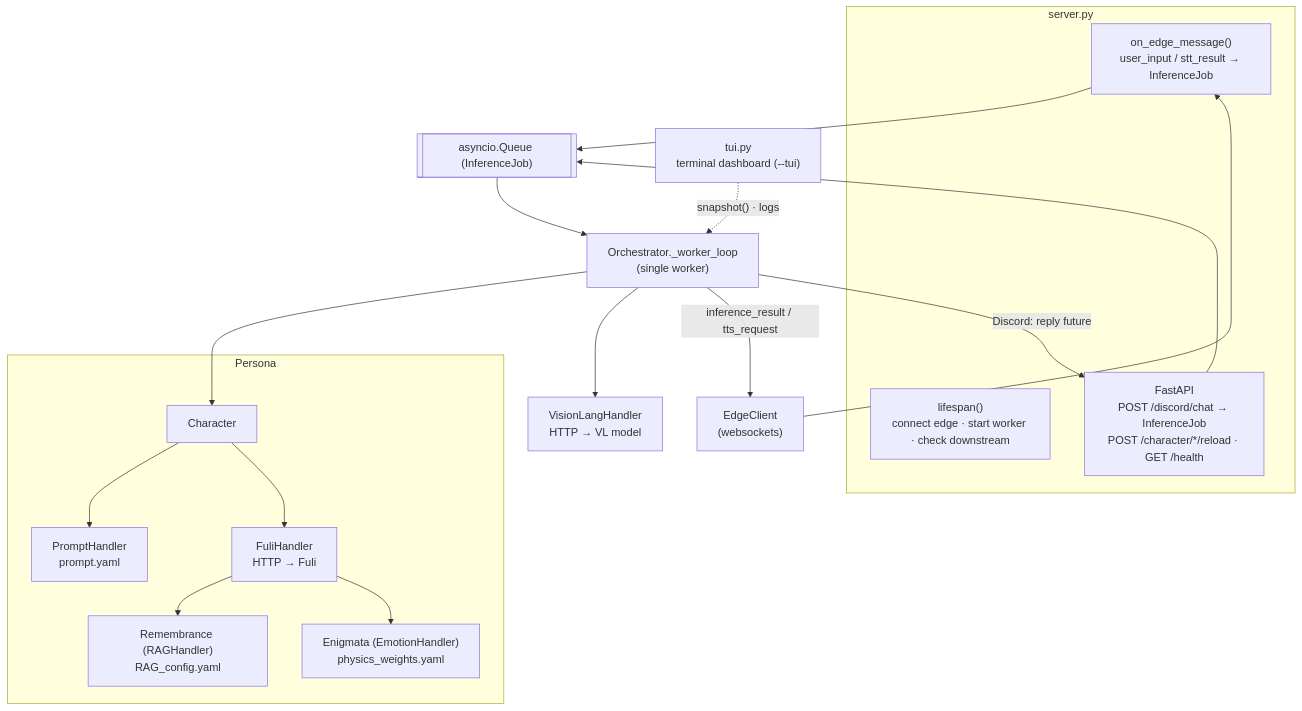
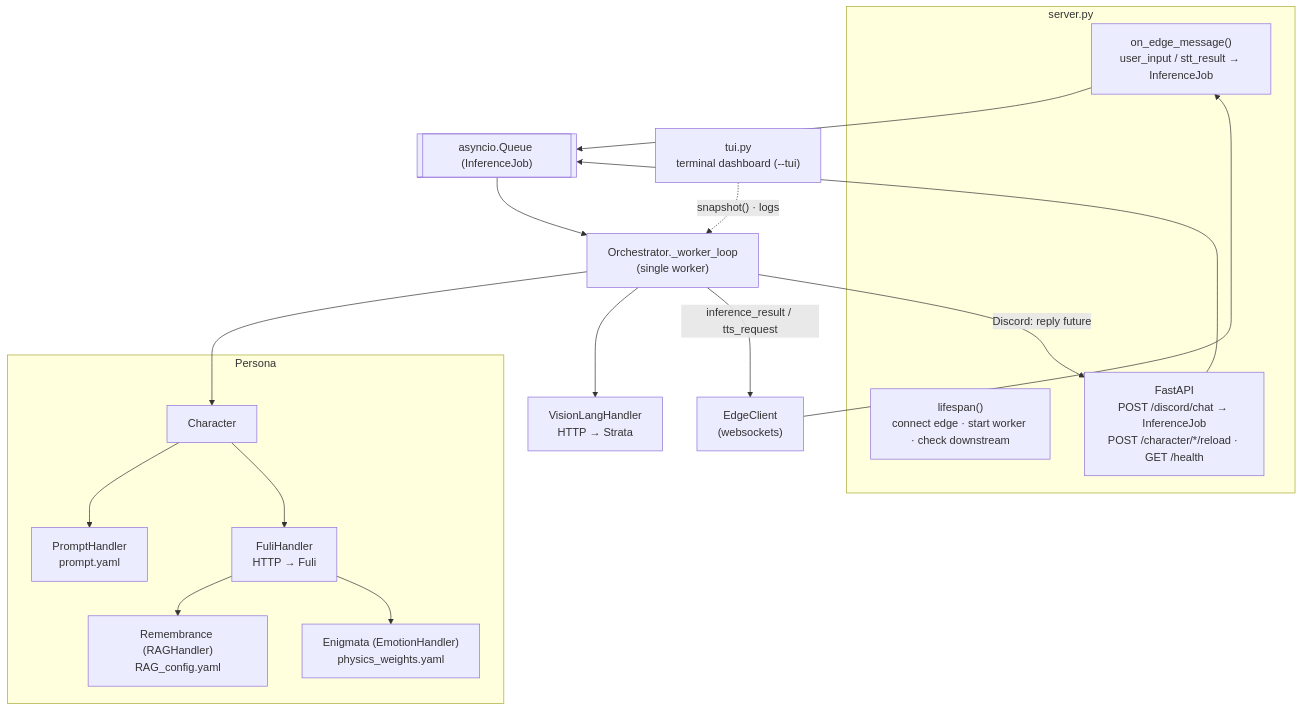
Before and after one commit to deltaAnima/Project_deltaAnima: the fourth of 9 diagrams in README.md, drawn with Mermaid. The commit also changed other lines of this file, not shown here.

Commit message:
Update README to reflect Strata model changes

````diff
--- a/README.md
+++ b/README.md
@@ -291,35 +290,35 @@
 ```mermaid
 flowchart TB
     subgraph server.py
         L["lifespan()<br/>connect edge · start worker · check downstream"]
         M["on_edge_message()<br/>user_input / stt_result → InferenceJob"]
         HTTP["FastAPI<br/>POST /discord/chat → InferenceJob<br/>POST /character/*/reload · GET /health"]
     end
     TUI["tui.py<br/>terminal dashboard (--tui)"]
 
     EC["EdgeClient<br/>(websockets)"]
     Q[["asyncio.Queue (InferenceJob)"]]
     W["Orchestrator._worker_loop<br/>(single worker)"]
 
     subgraph Persona
         CH["Character"]
         PH["PromptHandler<br/>prompt.yaml"]
         RH["Remembrance (RAGHandler)<br/>RAG_config.yaml"]
         EH["Enigmata (EmotionHandler)<br/>physics_weights.yaml"]
         FH["FuliHandler<br/>HTTP → Fuli"]
     end
 
-    VLH["VisionLangHandler<br/>HTTP → VL model"]
+    VLH["VisionLangHandler<br/>HTTP → Strata"]
 
     EC --> M --> Q --> W
     HTTP --> Q
     W -- "Discord: reply future" --> HTTP
     TUI -. "snapshot() · logs" .-> W
     W --> CH
     CH --> PH
     CH --> FH
     FH --> RH
     FH --> EH
     W --> VLH
     W -- "inference_result / tts_request" --> EC
 ```
````
